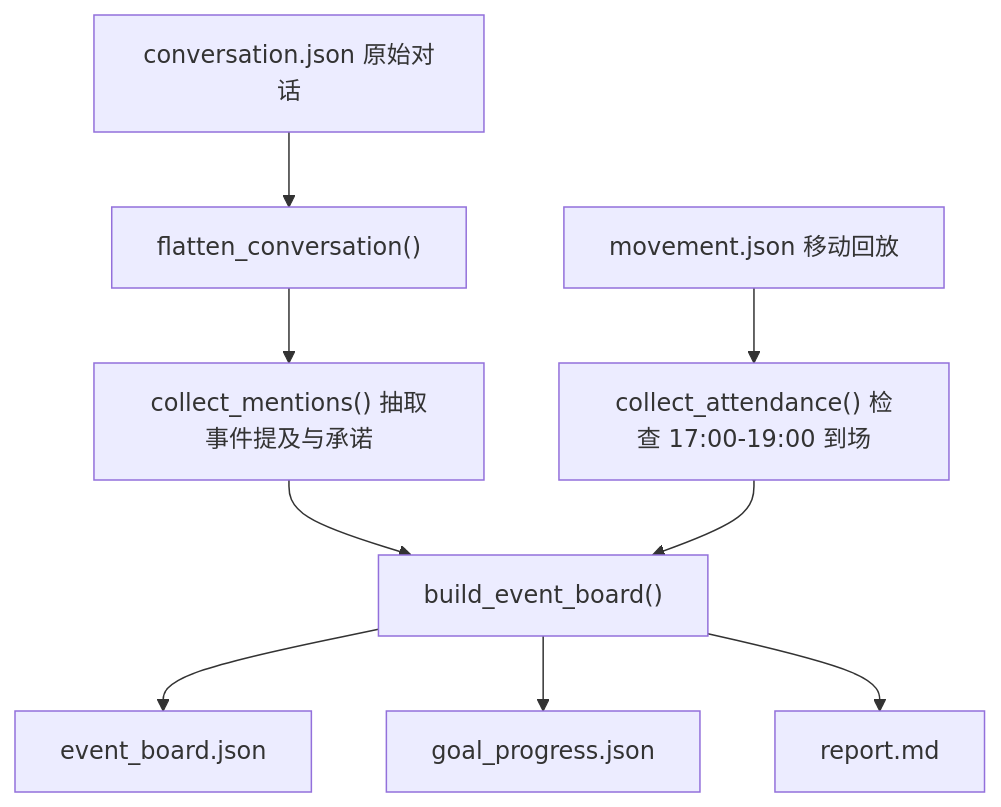
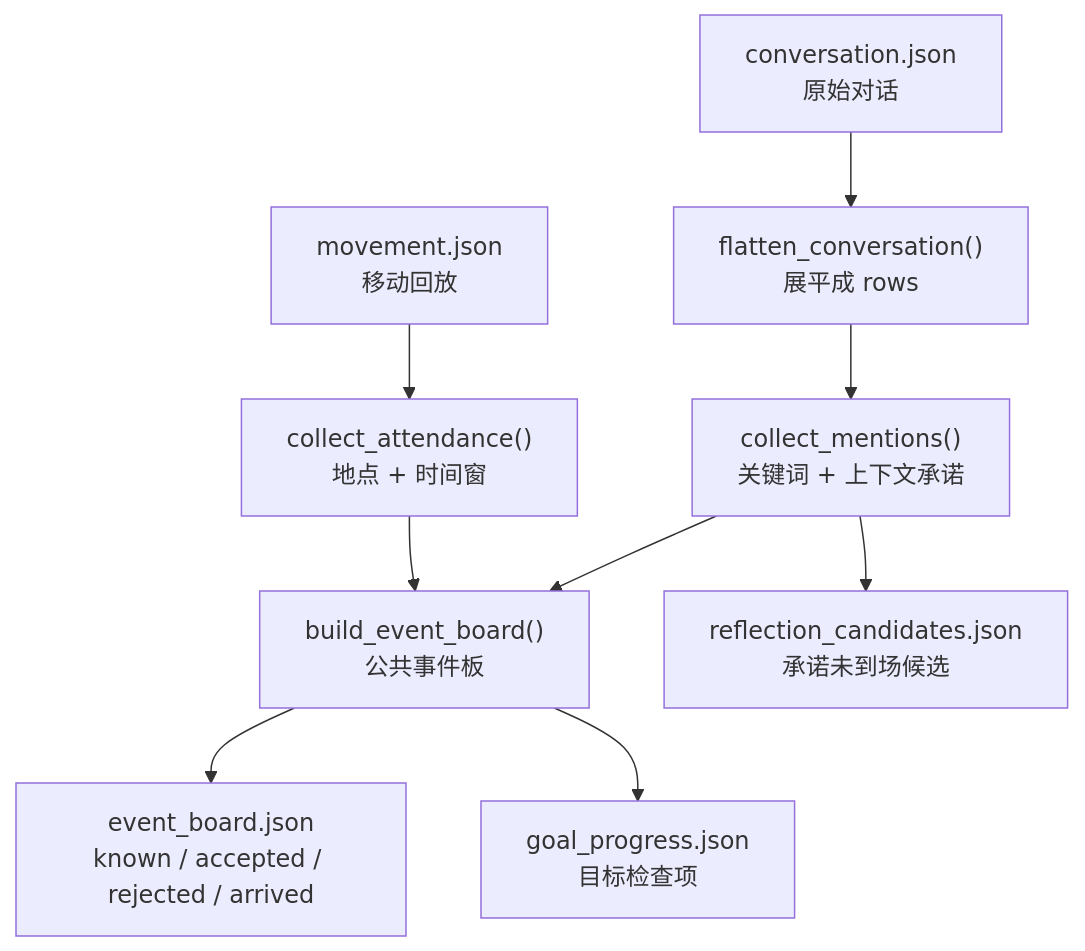
One commit to tbkken/GenerativeAgentsCN changed the third of 10 diagrams in docs/book/manuscript/part_05/chapter_35.md. Above: the diagram before and after it, drawn with Mermaid. The commit also changed other lines of this file and 342 other files, not shown here.

````diff
--- a/docs/book/manuscript/part_05/chapter_35.md
+++ b/docs/book/manuscript/part_05/chapter_35.md
@@ -215,11 +123,11 @@
 ```mermaid
 flowchart TD
-    A["conversation.json 原始对话"] --> B["flatten_conversation()"]
-    B --> C["collect_mentions() 抽取事件提及与承诺"]
-    D["movement.json 移动回放"] --> E["collect_attendance() 检查 17:00-19:00 到场"]
-    C --> F["build_event_board()"]
+    A["conversation.json<br/>原始对话"] --> B["flatten_conversation()<br/>展平成 rows"]
+    B --> C["collect_mentions()<br/>关键词 + 上下文承诺"]
+    D["movement.json<br/>移动回放"] --> E["collect_attendance()<br/>地点 + 时间窗"]
+    C --> F["build_event_board()<br/>公共事件板"]
     E --> F
-    F --> G["event_board.json"]
-    F --> H["goal_progress.json"]
-    F --> I["report.md"]
+    F --> G["event_board.json<br/>known / accepted / rejected / arrived"]
+    F --> H["goal_progress.json<br/>目标检查项"]
+    C --> I["reflection_candidates.json<br/>承诺未到场候选"]
 ```
````
